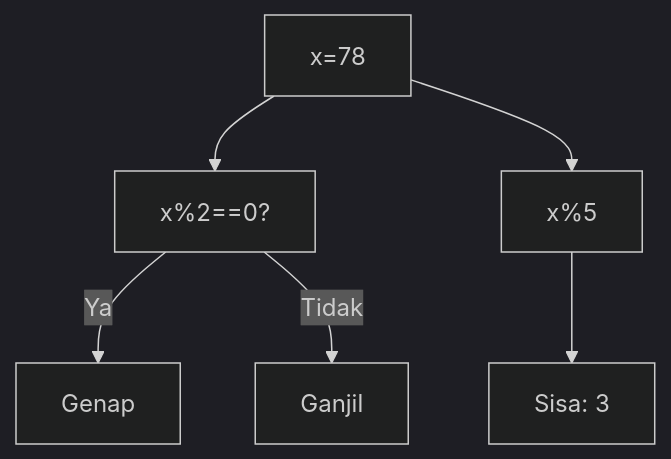
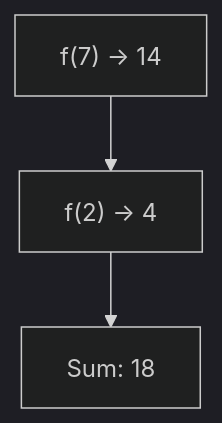
One commit to amnahwaida/OSNK_INF_PREP changed diagram 12 of 25 in part-c-pemahaman-cpp/04-fungsi/latihan/set-02.md. Above: the diagram before and after it, drawn with Mermaid (dark theme). The commit also changed other lines of this file and 71 other files, not shown here.

````diff
--- a/part-c-pemahaman-cpp/04-fungsi/latihan/set-02.md
+++ b/part-c-pemahaman-cpp/04-fungsi/latihan/set-02.md
@@ -338,8 +315,5 @@
 ```mermaid
 graph TD
-A["x=78"] --> B["x%2==0?"]
-B -- Ya --> C["Genap"]
-B -- Tidak --> D["Ganjil"]
-A --> E["x%5"]
-E --> F["Sisa: 3"]
+A["f(7) -> 14"] --> B["f(2) -> 4"]
+B --> C["Sum: 18"]
 ```
````
